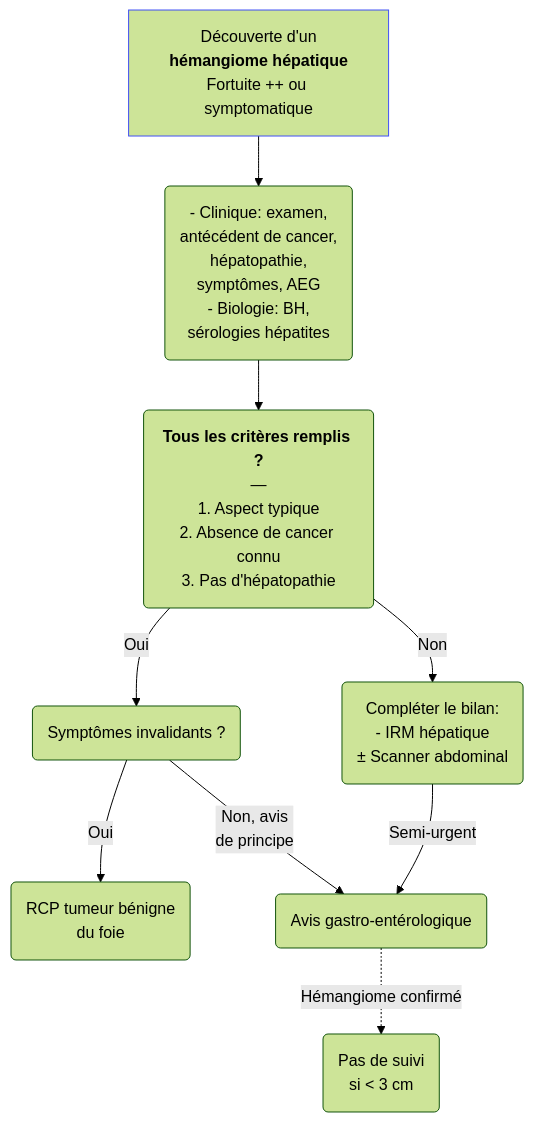
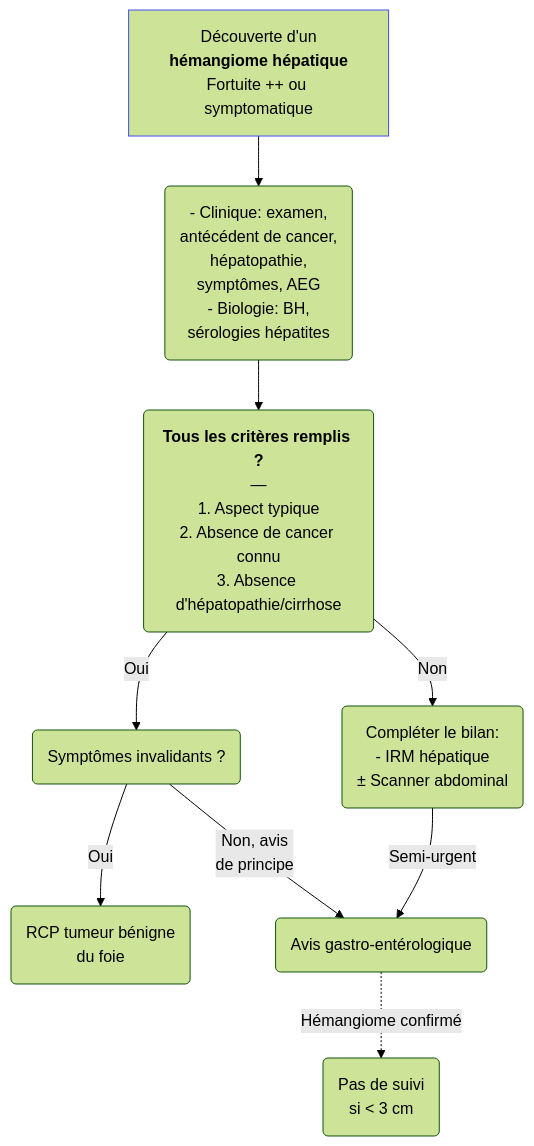
One commit to djibe/recommandations-medicales changed the diagram in content/recommandations/hemangiome-hepatique.md. Above: the diagram before and after it, drawn with Mermaid (forest theme). The commit also changed other lines of this file and 12 other files, not shown here.

```diff
--- a/content/recommandations/hemangiome-hepatique.md
+++ b/content/recommandations/hemangiome-hepatique.md
@@ -158,7 +160,7 @@
 {{< mermaid title="Prise en charge d'un hémangiome hépatique. Dr JB Fron d'après EASL 2016">}}
 graph TB
-  incidentalome["Découverte d'un<br><b>hémangiome hépatique</b><br>Fortuite ++ ou symptomatique"] --> clinique("- Clinique: examen,<br> antécédent de cancer,<br>hépatopathie,<br>symptômes, AEG<br>- Biologie: BH,<br>sérologies hépatites") --> aspect("<b>Tous les critères remplis ?</b><br>—<br>1. Aspect typique<br>2. Absence de cancer connu<br>3. Pas d'hépatopathie") -- Oui --> symptômes("Symptômes invalidants ?") -- Oui --> RCP("RCP tumeur bénigne<br>du foie")
+  incidentalome["Découverte d'un<br><b>hémangiome hépatique</b><br>Fortuite ++ ou symptomatique"] --> clinique("- Clinique: examen,<br> antécédent de cancer,<br>hépatopathie,<br>symptômes, AEG<br>- Biologie: BH,<br>sérologies hépatites") --> aspect("<b>Tous les critères remplis ?</b><br>—<br>1. Aspect typique<br>2. Absence de cancer connu<br>3. Absence d'hépatopathie/cirrhose") -- Oui --> symptômes("Symptômes invalidants ?") -- Oui --> RCP("RCP tumeur bénigne<br>du foie")
       symptômes -- "Non, avis<br>de principe" --> gastro("Avis gastro-entérologique") -. "Hémangiome confirmé" .-> suivi("Pas de suivi<br>si &lt; 3 cm")
     aspect -- Non --> bilan("Compléter le bilan:<br>- IRM hépatique<br>± Scanner abdominal") --"Semi-urgent"--> gastro
   style incidentalome stroke:#4150f5, stroke-width:1px
 {{< /mermaid >}}
```
